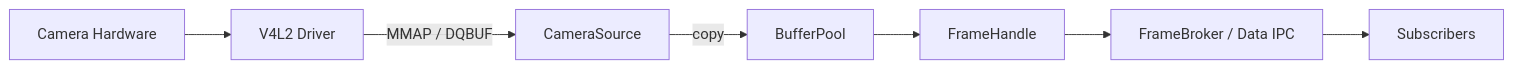
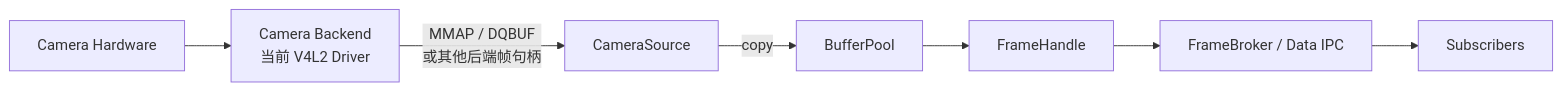
Before and after one commit to SuycxZMZ/CameraSubsystem: the second of 2 diagrams in README.md, drawn with Mermaid. The commit also changed other lines of this file and 6 other files, not shown here.

````diff
--- a/README.md
+++ b/README.md
@@ -124,9 +126,9 @@
 ```mermaid
 flowchart LR
-    Camera["Camera Hardware"] --> V4L2["V4L2 Driver"]
-    V4L2 -->|MMAP / DQBUF| Source["CameraSource"]
+    Camera["Camera Hardware"] --> Backend["Camera Backend<br/>当前 V4L2 Driver"]
+    Backend -->|MMAP / DQBUF<br/>或其他后端帧句柄| Source["CameraSource"]
     Source -->|copy| Pool["BufferPool"]
     Pool --> Frame["FrameHandle"]
     Frame --> Broker["FrameBroker / Data IPC"]
     Broker --> Consumer["Subscribers"]
 ```
````
